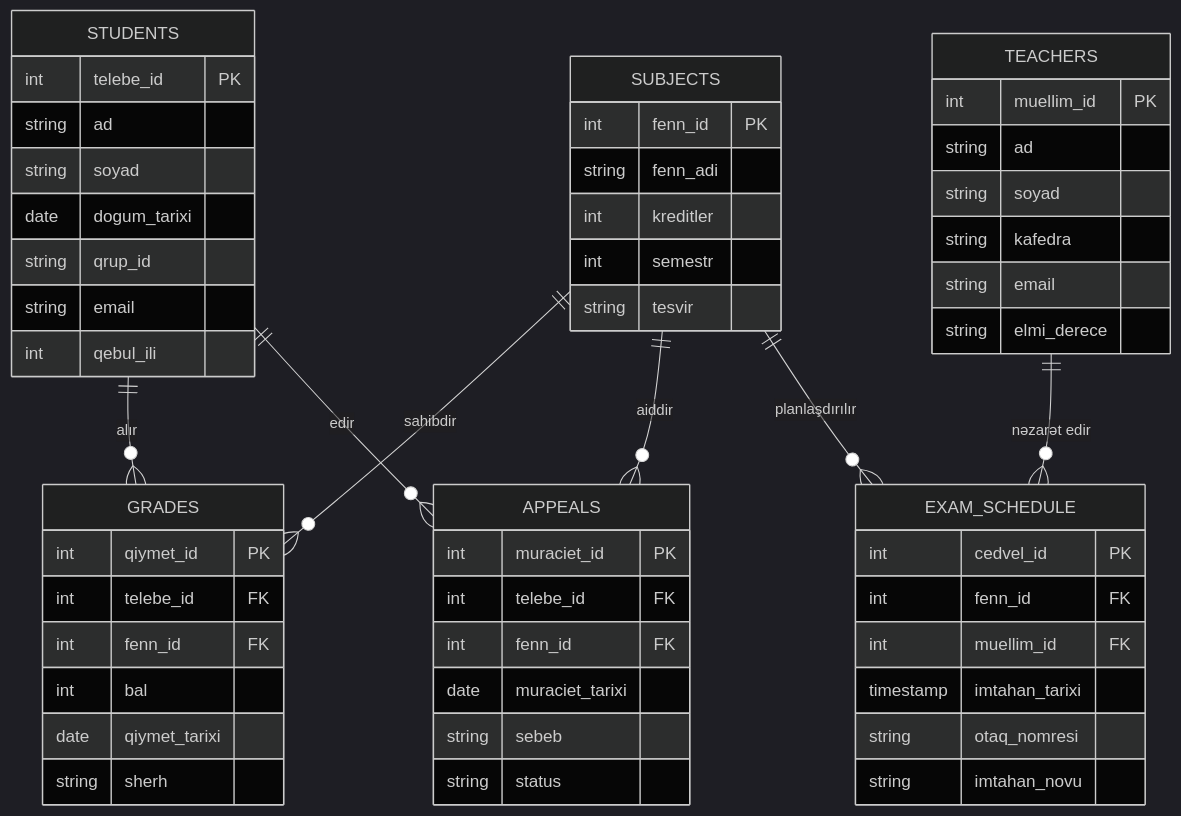
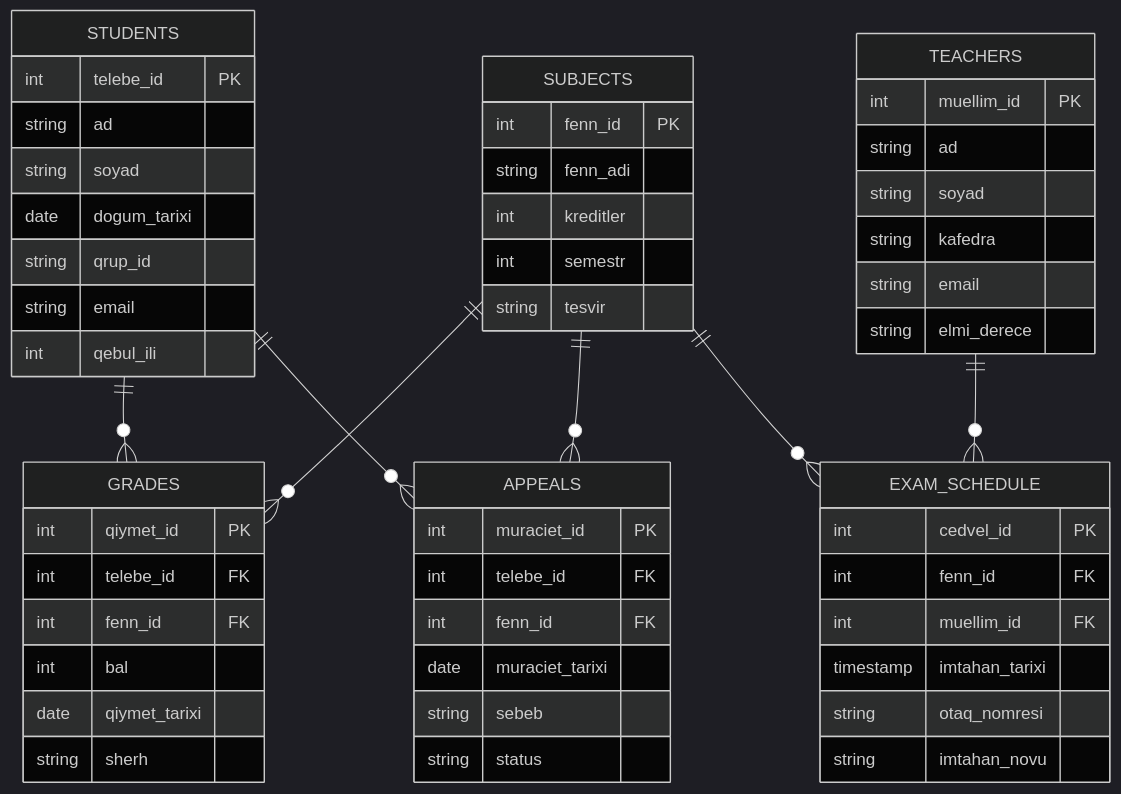
One commit to nicefaa6waa/dean_office_sql changed the first of 3 diagrams in README.md. Above: the diagram before and after it, drawn with Mermaid (dark theme). The commit also changed other lines of this file, not shown here.

````diff
--- a/README.md
+++ b/README.md
@@ -96,58 +285,113 @@
 ```mermaid
 erDiagram
-    STUDENTS {
-        int telebe_id PK
-        string ad
-        string soyad
-        date dogum_tarixi
-        string qrup_id
-        string email
-        int qebul_ili
-    }
-    TEACHERS {
-        int muellim_id PK
-        string ad
-        string soyad
-        string kafedra
-        string email
-        string elmi_derece
-    }
-    SUBJECTS {
-        int fenn_id PK
-        string fenn_adi
-        int kreditler
-        int semestr
-        string tesvir
-    }
-    EXAM_SCHEDULE {
-        int cedvel_id PK
-        int fenn_id FK
-        int muellim_id FK
-        timestamp imtahan_tarixi
-        string otaq_nomresi
-        string imtahan_novu
-    }
-    GRADES {
-        int qiymet_id PK
-        int telebe_id FK
-        int fenn_id FK
-        int bal
-        date qiymet_tarixi
-        string sherh
-    }
-    APPEALS {
-        int muraciet_id PK
-        int telebe_id FK
-        int fenn_id FK
-        date muraciet_tarixi
-        string sebeb
-        string status
-    }
 
-    STUDENTS ||--o{ GRADES : "alır"
-    SUBJECTS ||--o{ GRADES : "sahibdir"
-    STUDENTS ||--o{ APPEALS : "edir"
-    SUBJECTS ||--o{ APPEALS : "aiddir"
-    TEACHERS ||--o{ EXAM_SCHEDULE : "nəzarət edir"
-    SUBJECTS ||--o{ EXAM_SCHEDULE : "planlaşdırılır"
+STUDENTS {
+
+int  telebe_id  PK
+
+string  ad
+
+string  soyad
+
+date  dogum_tarixi
+
+string  qrup_id
+
+string  email
+
+int  qebul_ili
+
+}
+
+TEACHERS {
+
+int  muellim_id  PK
+
+string  ad
+
+string  soyad
+
+string  kafedra
+
+string  email
+
+string  elmi_derece
+
+}
+
+SUBJECTS {
+
+int  fenn_id  PK
+
+string  fenn_adi
+
+int  kreditler
+
+int  semestr
+
+string  tesvir
+
+}
+
+EXAM_SCHEDULE {
+
+int  cedvel_id  PK
+
+int  fenn_id  FK
+
+int  muellim_id  FK
+
+timestamp  imtahan_tarixi
+
+string  otaq_nomresi
+
+string  imtahan_novu
+
+}
+
+GRADES {
+
+int  qiymet_id  PK
+
+int  telebe_id  FK
+
+int  fenn_id  FK
+
+int  bal
+
+date  qiymet_tarixi
+
+string  sherh
+
+}
+
+APPEALS {
+
+int  muraciet_id  PK
+
+int  telebe_id  FK
+
+int  fenn_id  FK
+
+date  muraciet_tarixi
+
+string  sebeb
+
+string  status
+
+}
+
+  
+
+STUDENTS ||--o{ GRADES : ""
+
+SUBJECTS ||--o{ GRADES : ""
+
+STUDENTS ||--o{ APPEALS : ""
+
+SUBJECTS ||--o{ APPEALS : ""
+
+TEACHERS ||--o{ EXAM_SCHEDULE : ""
+
+SUBJECTS ||--o{ EXAM_SCHEDULE : ""
 ```
````
